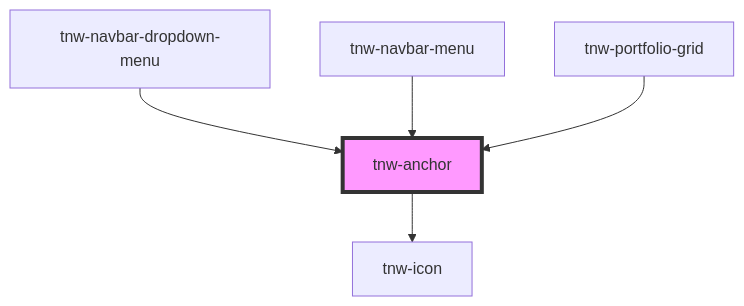
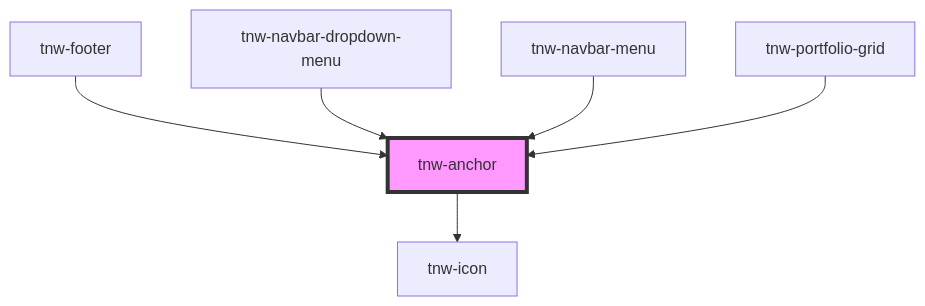
One commit to technway/technway-component-library changed the diagram in packages/stencil-library/src/components/tnw-anchor/readme.md. Above: the diagram before and after it, drawn with Mermaid. The commit also changed other lines of this file and 18 other files, not shown here.

Commit message:
feat(components): improve tnw-footer and tnw-newsletter-form

````diff
--- a/packages/stencil-library/src/components/tnw-anchor/readme.md
+++ b/packages/stencil-library/src/components/tnw-anchor/readme.md
@@ -97,8 +98,9 @@
 ```mermaid
 graph TD;
   tnw-anchor --> tnw-icon
+  tnw-footer --> tnw-anchor
   tnw-navbar-dropdown-menu --> tnw-anchor
   tnw-navbar-menu --> tnw-anchor
   tnw-portfolio-grid --> tnw-anchor
   style tnw-anchor fill:#f9f,stroke:#333,stroke-width:4px
 ```
````
